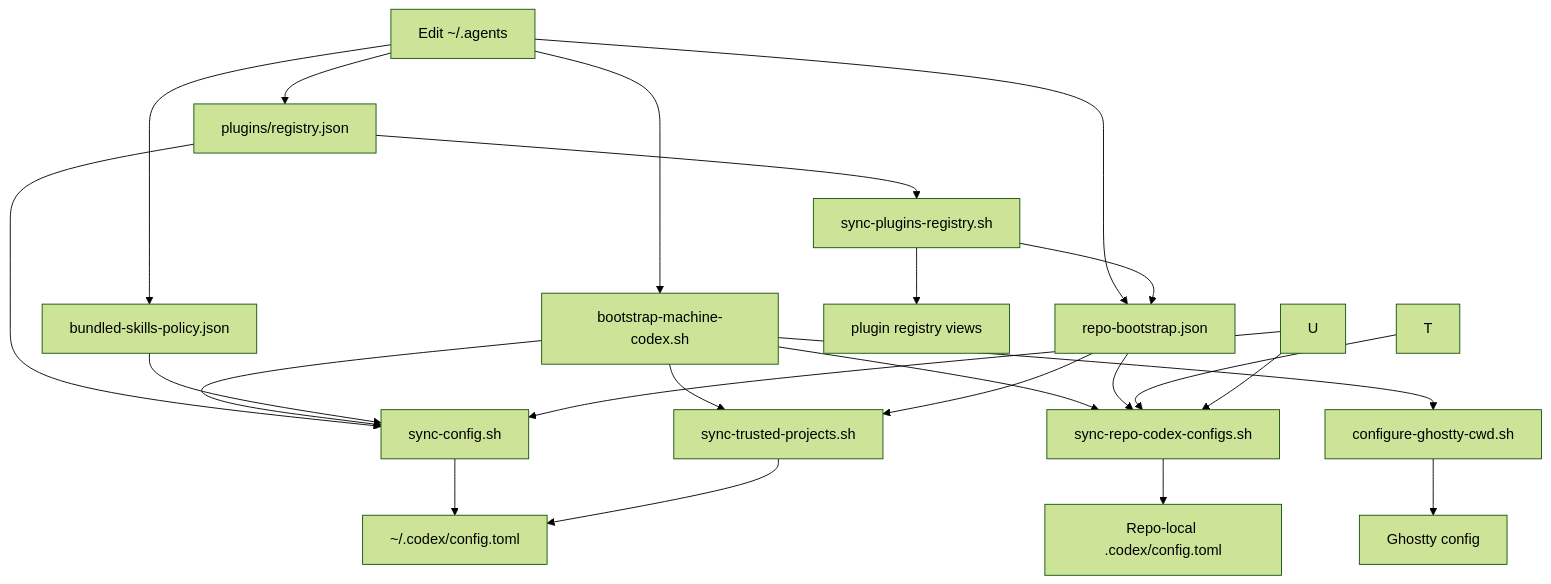
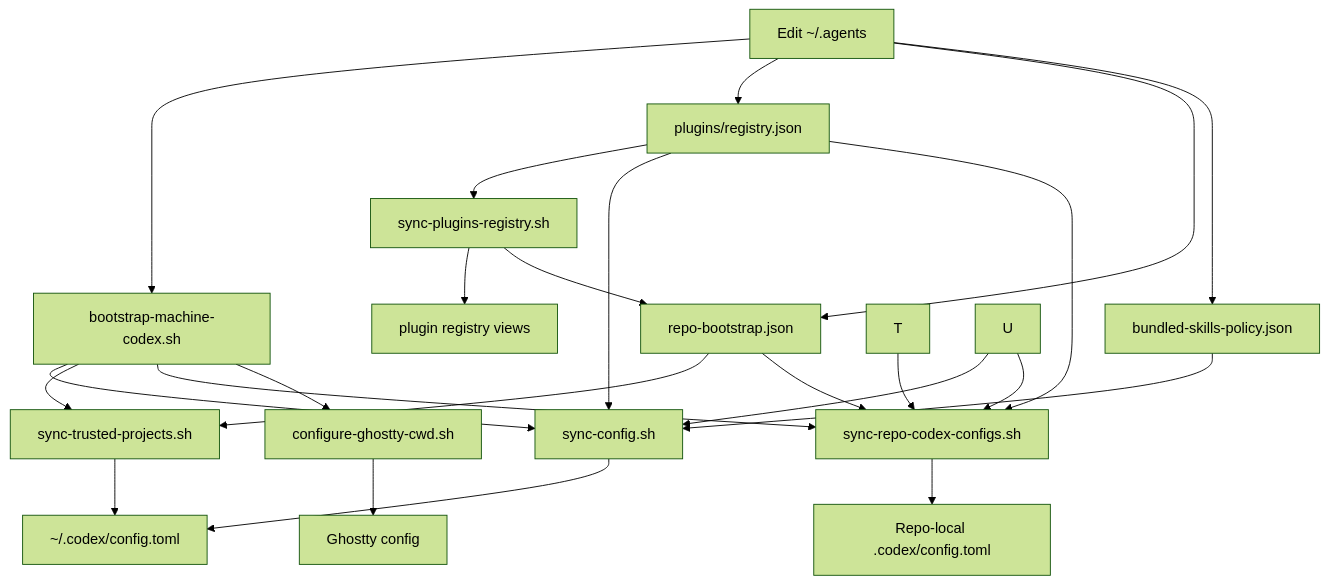
The second of 3 diagrams in docs/architecture/codex-control-plane.md (wisdom-in-a-nutshell/.agents), drawn with Mermaid (forest theme) before and after one commit. The commit also changed other lines of this file and 4 other files, not shown here.

````diff
--- a/docs/architecture/codex-control-plane.md
+++ b/docs/architecture/codex-control-plane.md
@@ -40,25 +40,26 @@
 ```mermaid
 flowchart TD
     A[Edit ~/.agents] --> B[bootstrap-machine-codex.sh]
     A --> P[plugins/registry.json]
     A --> R[repo-bootstrap.json]
     P --> Q[sync-plugins-registry.sh]
     P --> C
+    P --> E
     A --> V[bundled-skills-policy.json]
     B --> C[sync-config.sh]
     B --> D[sync-trusted-projects.sh]
     B --> E[sync-repo-codex-configs.sh]
     B --> F[configure-ghostty-cwd.sh]
     Q --> K[plugin registry views]
     Q --> R
     C --> G[~/.codex/config.toml]
     V --> C
     R --> D
     R --> E
     T --> E
     U --> C
     U --> E
     D --> G
     E --> I[Repo-local .codex/config.toml]
     F --> J[Ghostty config]
 ```
````
